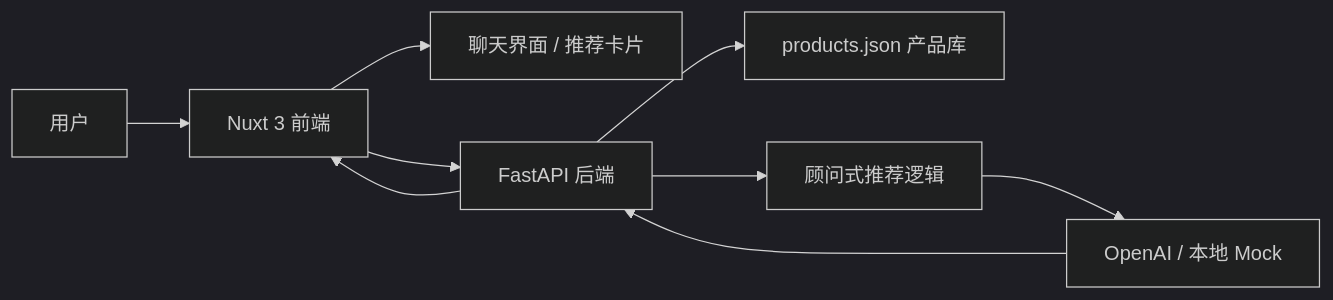
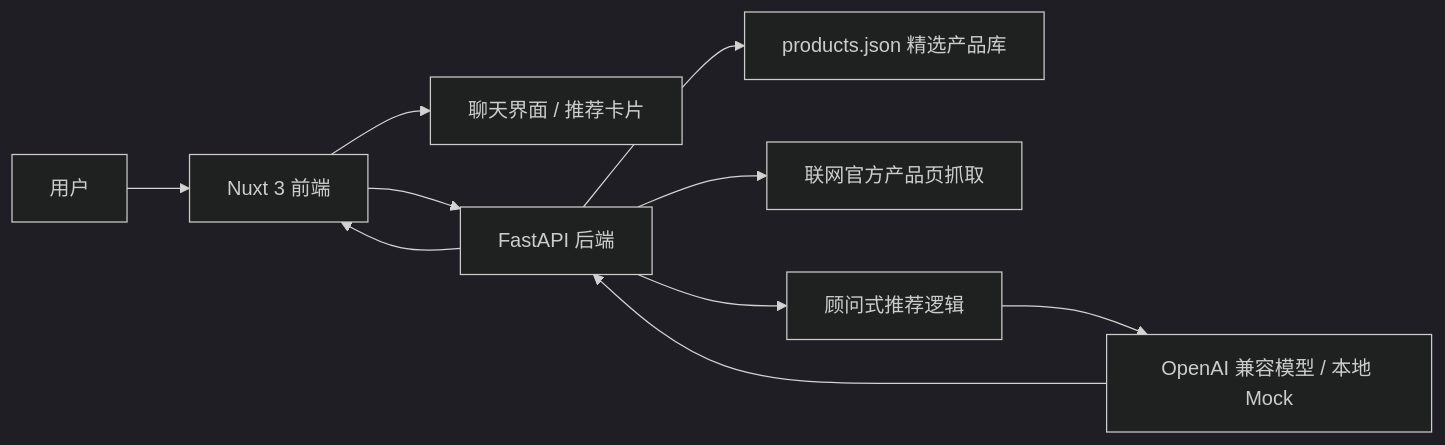
One commit to bol609619914-design/Retail-AI-Agent changed the first of 2 diagrams in README.md. Above: the diagram before and after it, drawn with Mermaid (dark theme). The commit also changed other lines of this file and 4 other files, not shown here.

````diff
--- a/README.md
+++ b/README.md
@@ -81,11 +83,12 @@
 ```mermaid
 flowchart LR
     U["用户"] --> F["Nuxt 3 前端"]
     F --> C["聊天界面 / 推荐卡片"]
     F --> B["FastAPI 后端"]
-    B --> P["products.json 产品库"]
+    B --> P["products.json 精选产品库"]
+    B --> W["联网官方产品页抓取"]
     B --> M["顾问式推荐逻辑"]
-    M --> O["OpenAI / 本地 Mock"]
+    M --> O["OpenAI 兼容模型 / 本地 Mock"]
     O --> B
     B --> F
 ```
````
